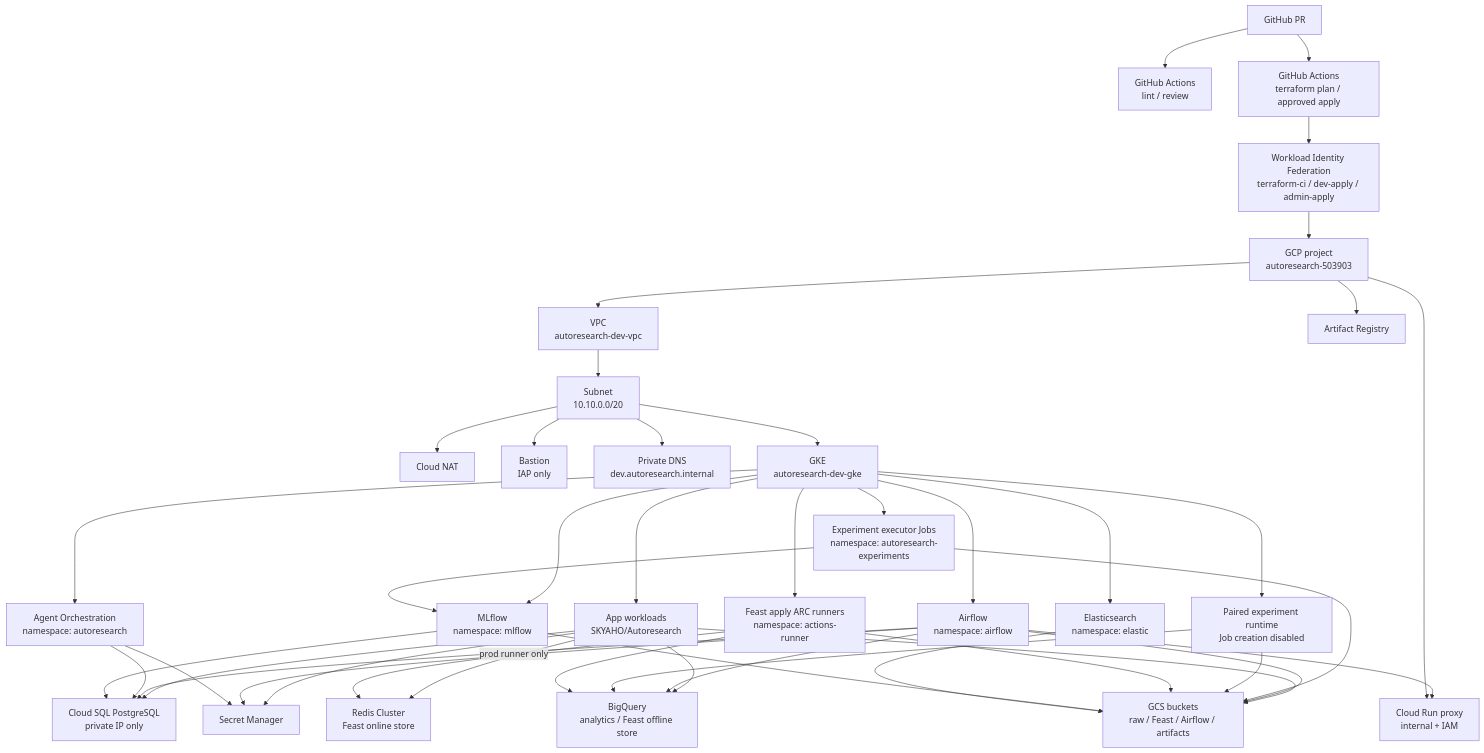
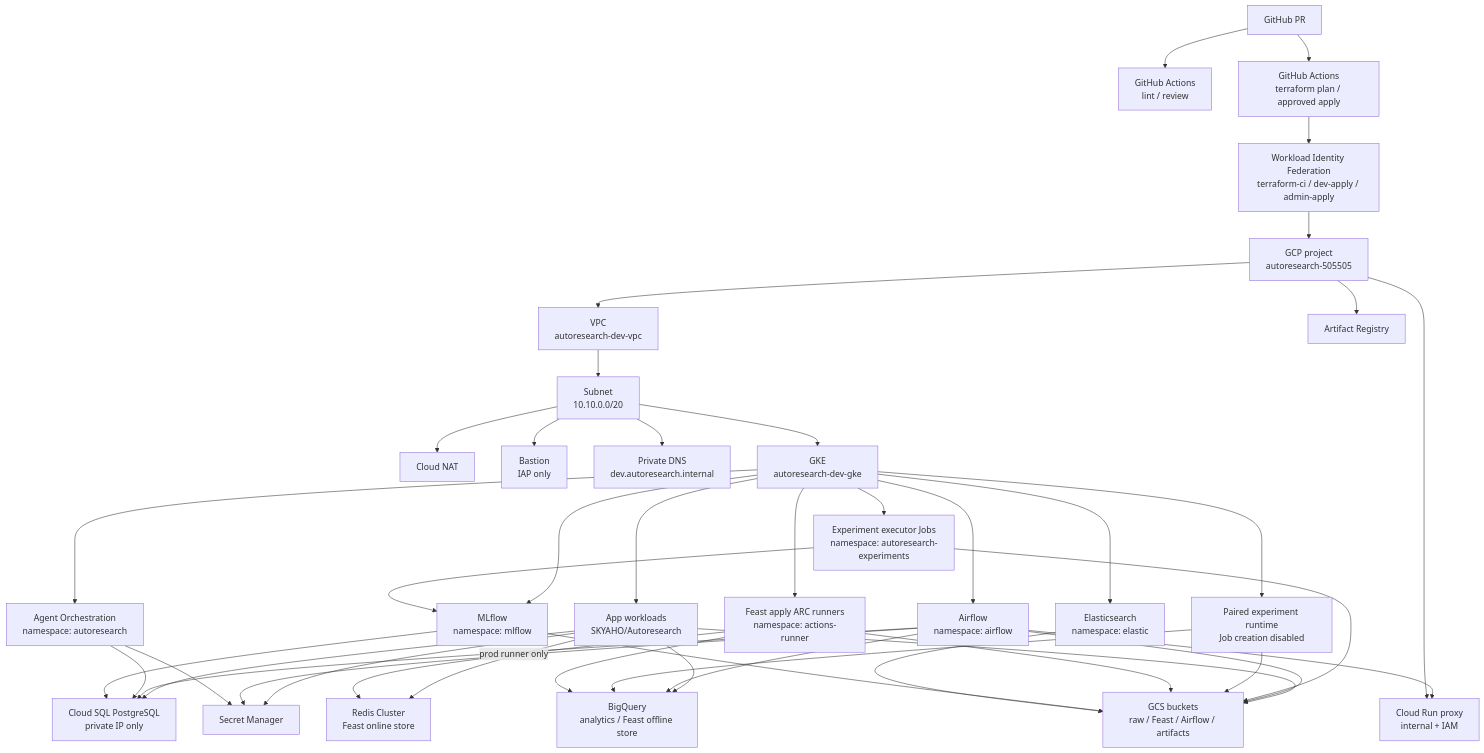
The second of 9 diagrams in docs/INFRASTRUCTURE_SUMMARY.md (SKYAHO/Autoresearch-infra), drawn with Mermaid before and after one commit. The commit also changed other lines of this file and 31 other files, not shown here.

Commit message:
feat: GCP 프로젝트 좌표를 autoresearch-505505로 교체 (#638)

````diff
--- a/docs/INFRASTRUCTURE_SUMMARY.md
+++ b/docs/INFRASTRUCTURE_SUMMARY.md
@@ -209,72 +209,72 @@
 ```mermaid
 flowchart TB
     gh["GitHub PR"]
     checks["GitHub Actions<br/>lint / review"]
     ci["GitHub Actions<br/>terraform plan / approved apply"]
     wif["Workload Identity Federation<br/>terraform-ci / dev-apply / admin-apply"]
-    gcp["GCP project<br/>autoresearch-503903"]
+    gcp["GCP project<br/>autoresearch-505505"]
 
     vpc["VPC<br/>autoresearch-dev-vpc"]
     subnet["Subnet<br/>10.10.0.0/20"]
     nat["Cloud NAT"]
     bastion["Bastion<br/>IAP only"]
     dns["Private DNS<br/>dev.autoresearch.internal"]
 
     gke["GKE<br/>autoresearch-dev-gke"]
     app["App workloads<br/>SKYAHO/Autoresearch"]
     airflow["Airflow<br/>namespace: airflow"]
     agent["Agent Orchestration<br/>namespace: autoresearch"]
     experiment["Experiment executor Jobs<br/>namespace: autoresearch-experiments"]
     paired["Paired experiment runtime<br/>Job creation disabled"]
     arc["Feast apply ARC runners<br/>namespace: actions-runner"]
     mlflow["MLflow<br/>namespace: mlflow"]
     elastic["Elasticsearch<br/>namespace: elastic"]
 
     sql["Cloud SQL PostgreSQL<br/>private IP only"]
     gcs["GCS buckets<br/>raw / Feast / Airflow / artifacts"]
     bq["BigQuery<br/>analytics / Feast offline store"]
     redis["Redis Cluster<br/>Feast online store"]
     sm["Secret Manager"]
     ar["Artifact Registry"]
     run["Cloud Run proxy<br/>internal + IAM"]
 
     gh --> checks
     gh --> ci --> wif --> gcp
     gcp --> vpc --> subnet
     subnet --> nat
     subnet --> bastion
     subnet --> dns
     subnet --> gke
     gke --> app
     gke --> airflow
     gke --> agent
     gke --> experiment
     gke --> paired
     gke --> arc
     gke --> mlflow
     gke --> elastic
     app --> sql
     app --> redis
     app --> gcs
     app --> bq
     app --> sm
     airflow --> sql
     airflow --> gcs
     airflow --> bq
     airflow --> sm
     airflow --> run
     agent --> sql
     agent --> sm
     experiment --> gcs
     experiment --> mlflow
     paired --> gcs
     paired --> bq
     arc --> gcs
     arc --> bq
     arc -->|"prod runner only"| redis
     mlflow --> sql
     mlflow --> gcs
     elastic --> gcs
     gcp --> ar
     gcp --> run
 ```
````
